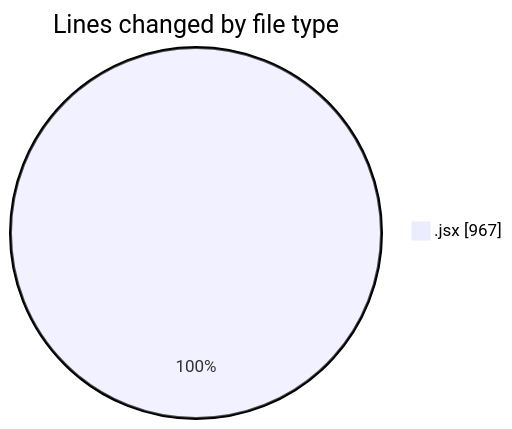
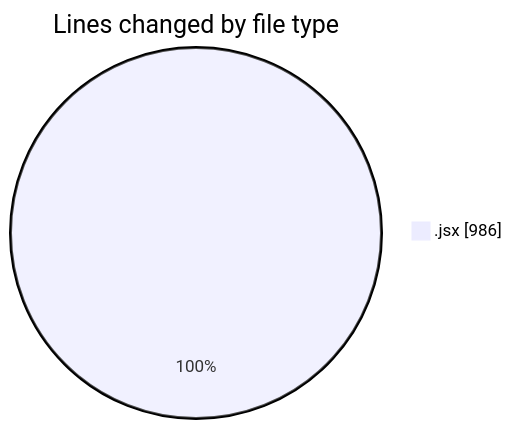
One commit to nxtqubesakshisongat/code-tracking changed the first of 2 diagrams in 2025-11-20/nxtqube_webapp/README.md. Above: the diagram before and after it, drawn with Mermaid. The commit also changed other lines of this file and 1 other file, not shown here.

````diff
--- a/2025-11-20/nxtqube_webapp/README.md
+++ b/2025-11-20/nxtqube_webapp/README.md
@@ -21,5 +21,5 @@
 ```mermaid
 pie showData
 title Lines changed by file type
-".jsx" : 967
+".jsx" : 986
 ```
````
